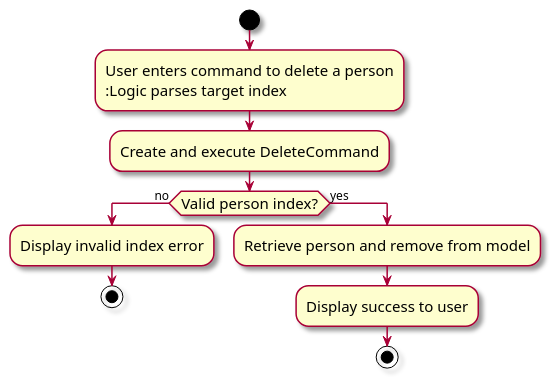
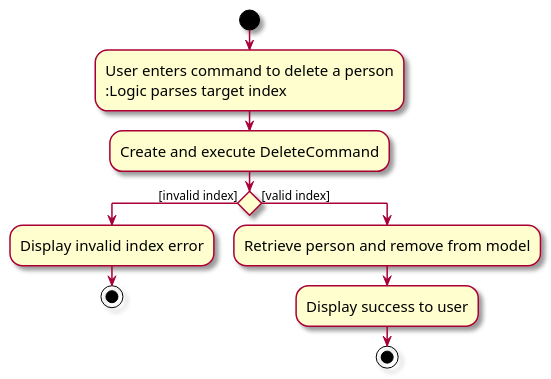
The diagram in docs/diagrams/DeleteCommandActivityDiagram.puml (tonyvict/tp), drawn with PlantUML before and after one commit. The commit also changed 8 other files, not shown here.

Commit message:
Update activity diagrams

```diff
--- a/docs/diagrams/DeleteCommandActivityDiagram.puml
+++ b/docs/diagrams/DeleteCommandActivityDiagram.puml
@@ -1,17 +1,17 @@
 @startuml
 skin rose
 skinparam ActivityFontSize 15
 skinparam ArrowFontSize 12
 start
 :User enters command to delete a person
 :Logic parses target index;
 :Create and execute DeleteCommand;
-if (Valid person index?) then (no)
+if () then ([invalid index])
   :Display invalid index error;
   stop
-else (yes)
+else ([valid index])
   :Retrieve person and remove from model;
   :Display success to user;
   stop
 endif
 @enduml
```
